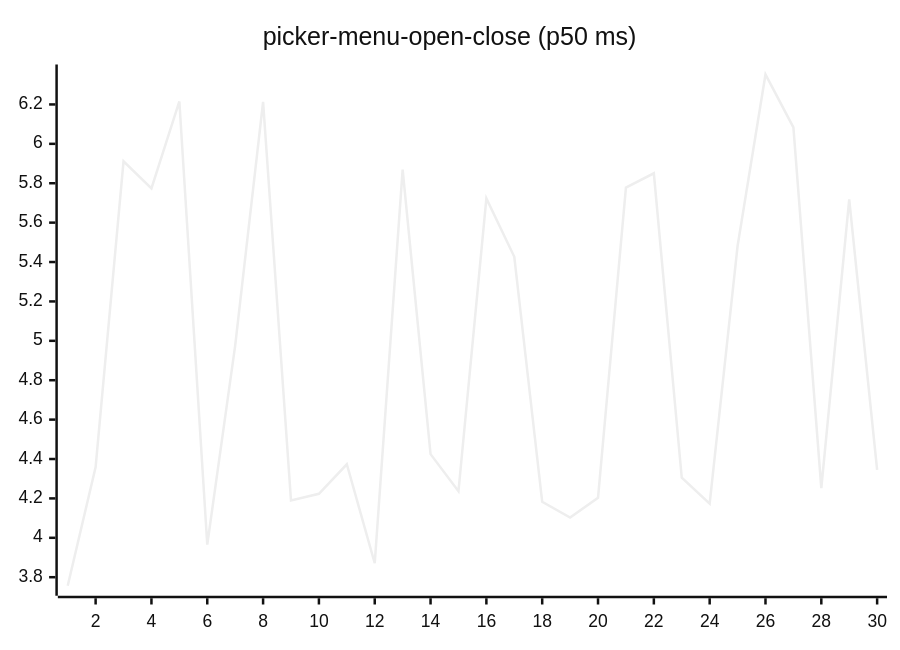
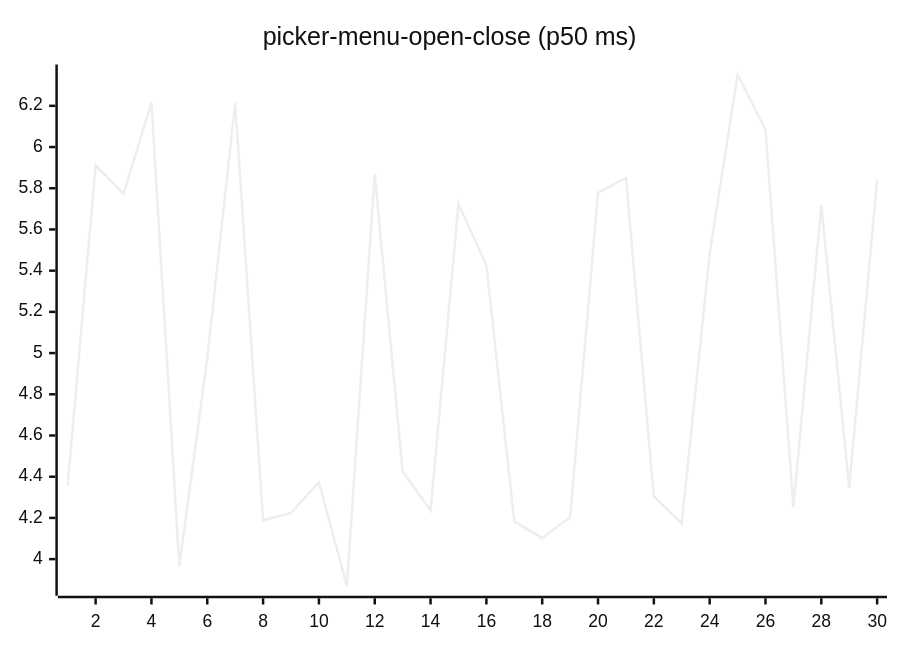
One commit to josha/Facet changed diagram 16 of 27 in README.md. Above: the diagram before and after it, drawn with Mermaid (neutral theme). The commit also changed other lines of this file and 2 other files, not shown here.

````diff
--- a/README.md
+++ b/README.md
@@ -168,6 +168,6 @@
 ```mermaid
 xychart-beta
     title "picker-menu-open-close (p50 ms)"
     x-axis 1 --> 30
-    line [3.7566, 4.3593, 5.9114, 5.7740, 6.2151, 3.9652, 4.9760, 6.2132, 4.1891, 4.2236, 4.3733, 3.8708, 5.8694, 4.4248, 4.2362, 5.7230, 5.4264, 4.1828, 4.1028, 4.2034, 5.7775, 5.8503, 4.3049, 4.1731, 5.4814, 6.3520, 6.0839, 4.2522, 5.7175, 4.3452]
+    line [4.3593, 5.9114, 5.7740, 6.2151, 3.9652, 4.9760, 6.2132, 4.1891, 4.2236, 4.3733, 3.8708, 5.8694, 4.4248, 4.2362, 5.7230, 5.4264, 4.1828, 4.1028, 4.2034, 5.7775, 5.8503, 4.3049, 4.1731, 5.4814, 6.3520, 6.0839, 4.2522, 5.7175, 4.3452, 5.8449]
 ```
````
